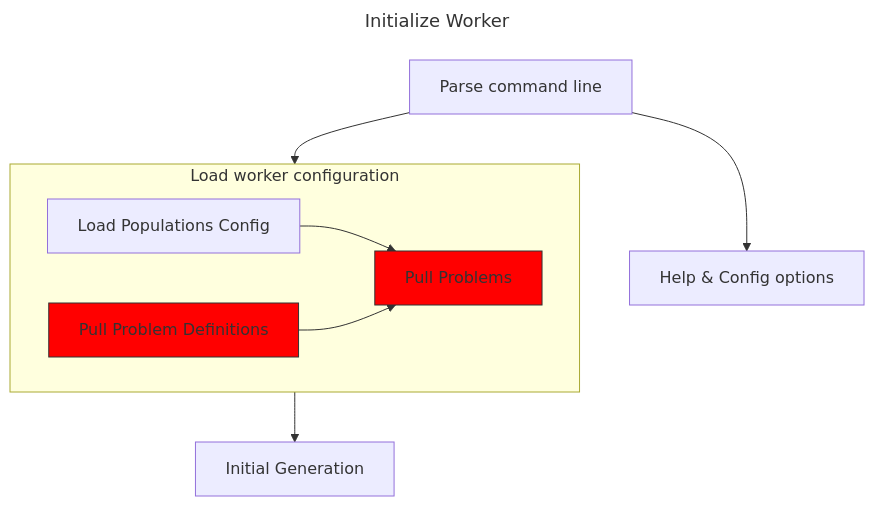
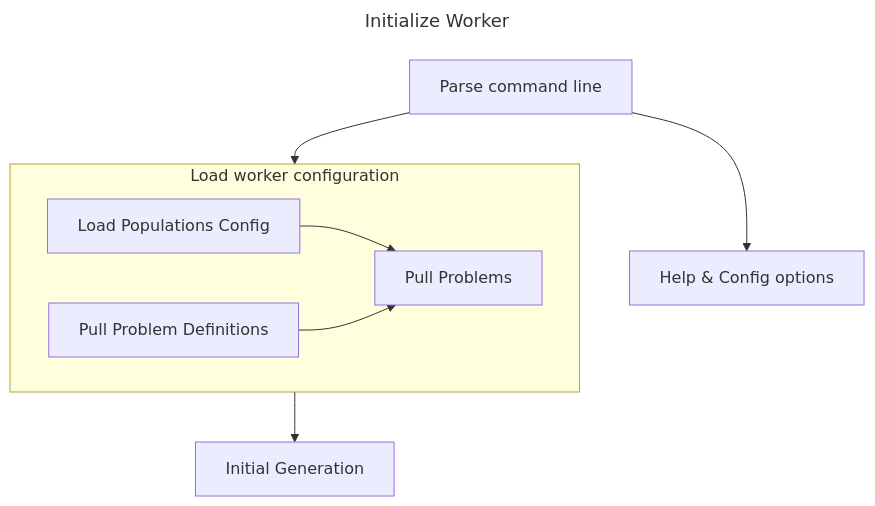
Before and after one commit to Shapedsundew9/erasmus-gp: the second of 5 diagrams in egppy/egppy/worker/docs/workflow.md, drawn with Mermaid. The commit also changed other lines of this file and 22 other files, not shown here.

````diff
--- a/egppy/egppy/worker/docs/workflow.md
+++ b/egppy/egppy/worker/docs/workflow.md
@@ -33,18 +33,18 @@
 ```mermaid
 ---
 title: Initialize Worker
 ---
 
 flowchart TB
     CL["Parse command line"] --> HE["Help & Config options"]
     subgraph WC["Load worker configuration"]
-        PP["Pull Problems"]:::red
+        PP["Pull Problems"]
         PC["Load Populations Config"] --> PP
-        PD["Pull Problem Definitions"]:::red --> PP
+        PD["Pull Problem Definitions"] --> PP
     end 
     CL --> WC
     WC --> IG["Initial Generation"]
     classDef lightgrey fill:#888888,stroke:#333,stroke-width:3px
     classDef red fill:#FF0000,stroke:#333,stroke-width:1px
     classDef blue fill:#0000FF,stroke:#333,stroke-width:1px
 ```
````
